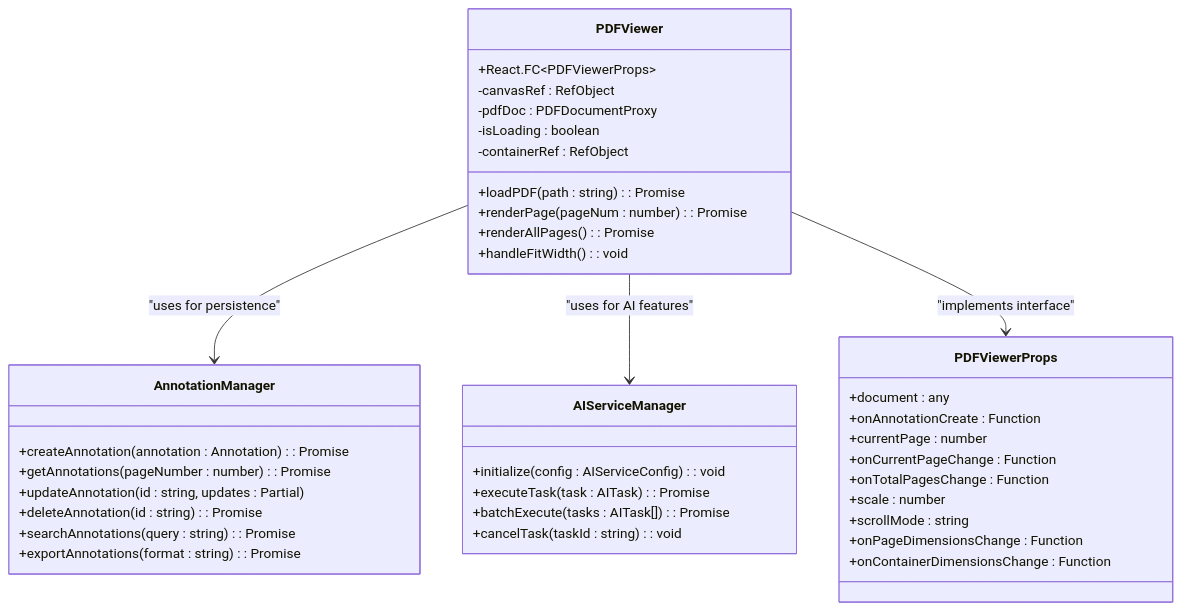
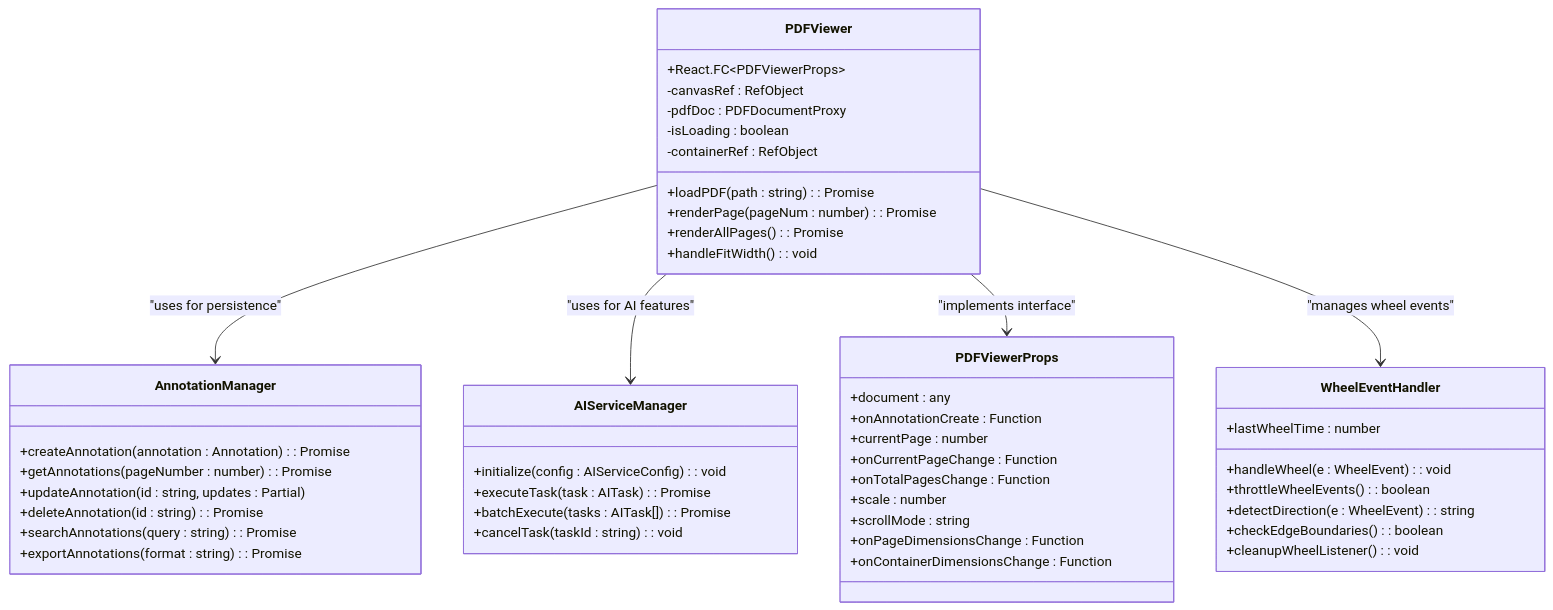
The third of 9 diagrams in .qoder/repowiki/en/content/Core Components/PDF Viewer Enhancement.md (Chunde/SciPDFReader), drawn with Mermaid before and after one commit. The commit also changed other lines of this file and 2 other files, not shown here.

````diff
--- a/.qoder/repowiki/en/content/Core Components/PDF Viewer Enhancement.md
+++ b/.qoder/repowiki/en/content/Core Components/PDF Viewer Enhancement.md
@@ -176,42 +186,51 @@
 ```mermaid
 classDiagram
 class PDFViewer {
 +React.FC~PDFViewerProps~
 -canvasRef : RefObject
 -pdfDoc : PDFDocumentProxy
 -isLoading : boolean
 -containerRef : RefObject
 +loadPDF(path : string) : Promise<void>
 +renderPage(pageNum : number) : Promise<void>
 +renderAllPages() : Promise<void>
 +handleFitWidth() : void
 }
 class PDFViewerProps {
 +document : any
 +onAnnotationCreate : Function
 +currentPage : number
 +onCurrentPageChange : Function
 +onTotalPagesChange : Function
 +scale : number
 +scrollMode : string
 +onPageDimensionsChange : Function
 +onContainerDimensionsChange : Function
 }
+class WheelEventHandler {
++lastWheelTime : number
++handleWheel(e : WheelEvent) : void
++throttleWheelEvents() : boolean
++detectDirection(e : WheelEvent) : string
++checkEdgeBoundaries() : boolean
++cleanupWheelListener() : void
+}
 class AnnotationManager {
 +createAnnotation(annotation : Annotation) : Promise<Annotation>
 +getAnnotations(pageNumber : number) : Promise<Annotation[]>
 +updateAnnotation(id : string, updates : Partial)
 +deleteAnnotation(id : string) : Promise<void>
 +searchAnnotations(query : string) : Promise<Annotation[]>
 +exportAnnotations(format : string) : Promise<string>
 }
 class AIServiceManager {
 +initialize(config : AIServiceConfig) : void
 +executeTask(task : AITask) : Promise<AITaskResult>
 +batchExecute(tasks : AITask[]) : Promise<AITaskResult[]>
 +cancelTask(taskId : string) : void
 }
 PDFViewer --> AnnotationManager : "uses for persistence"
 PDFViewer --> AIServiceManager : "uses for AI features"
 PDFViewer --> PDFViewerProps : "implements interface"
+PDFViewer --> WheelEventHandler : "manages wheel events"
 ```
````
